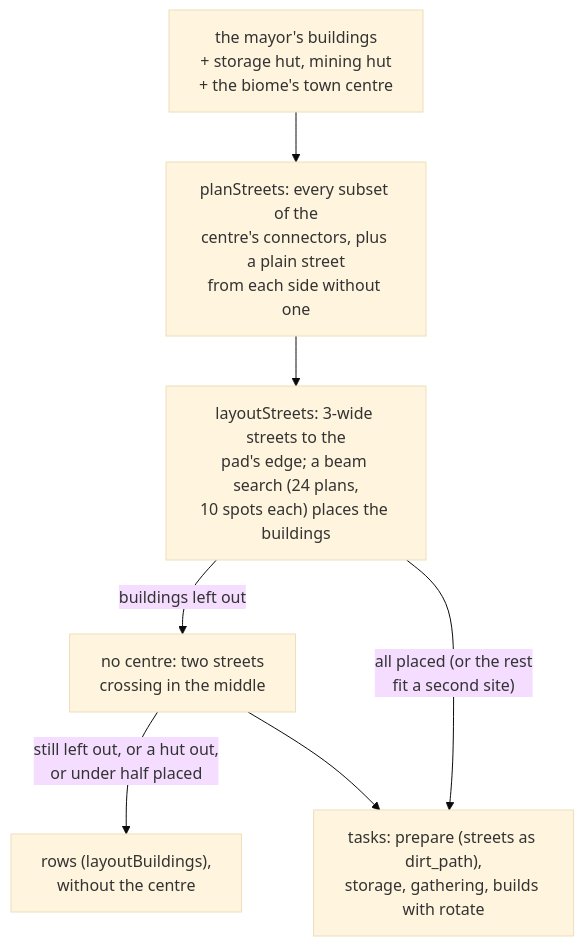
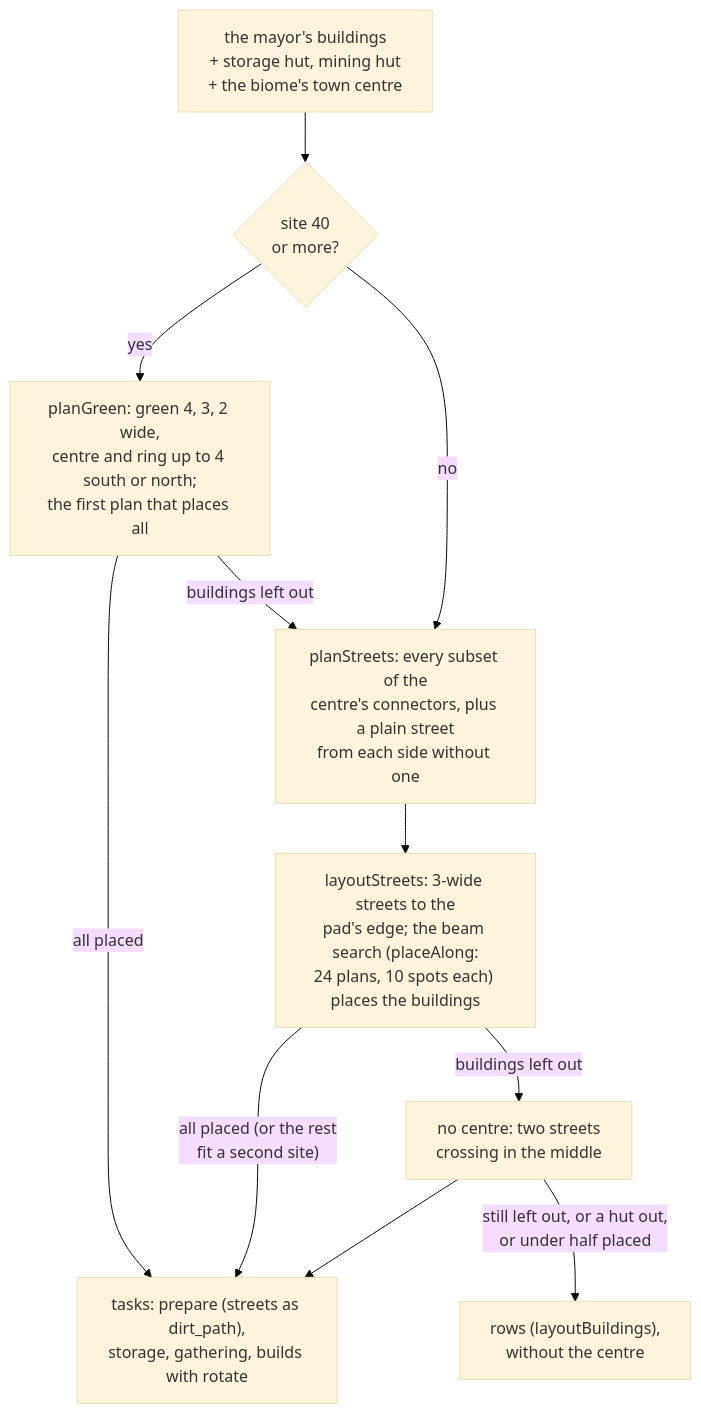
Before and after one commit to delphium226/MCAISandbox: the ninth of 16 diagrams in docs/ARCHITECTURE.md, drawn with Mermaid (base theme). The commit also changed other lines of this file and 3 other files, not shown here.

````diff
--- a/docs/ARCHITECTURE.md
+++ b/docs/ARCHITECTURE.md
@@ -487,9 +487,13 @@
 ```mermaid
 flowchart TD
-  names["the mayor's buildings<br/>+ storage hut, mining hut<br/>+ the biome's town centre"] --> plan["planStreets: every subset of the<br/>centre's connectors, plus a plain street<br/>from each side without one"]
-  plan --> lay["layoutStreets: 3-wide streets to the<br/>pad's edge; a beam search (24 plans,<br/>10 spots each) places the buildings"]
+  names["the mayor's buildings<br/>+ storage hut, mining hut<br/>+ the biome's town centre"] --> size{"site 40<br/>or more?"}
+  size -- yes --> green["planGreen: green 4, 3, 2 wide,<br/>centre and ring up to 4 south or north;<br/>the first plan that places all"]
+  green -- "all placed" --> post
+  green -- "buildings left out" --> plan
+  size -- no --> plan["planStreets: every subset of the<br/>centre's connectors, plus a plain street<br/>from each side without one"]
+  plan --> lay["layoutStreets: 3-wide streets to the<br/>pad's edge; the beam search (placeAlong:<br/>24 plans, 10 spots each) places the buildings"]
   lay -- "buildings left out" --> cross["no centre: two streets<br/>crossing in the middle"]
   cross -- "still left out, or a hut out,<br/>or under half placed" --> rows["rows (layoutBuildings),<br/>without the centre"]
   lay -- "all placed (or the rest<br/>fit a second site)" --> post["tasks: prepare (streets as dirt_path),<br/>storage, gathering, builds with rotate"]
   cross --> post
 ```
````
